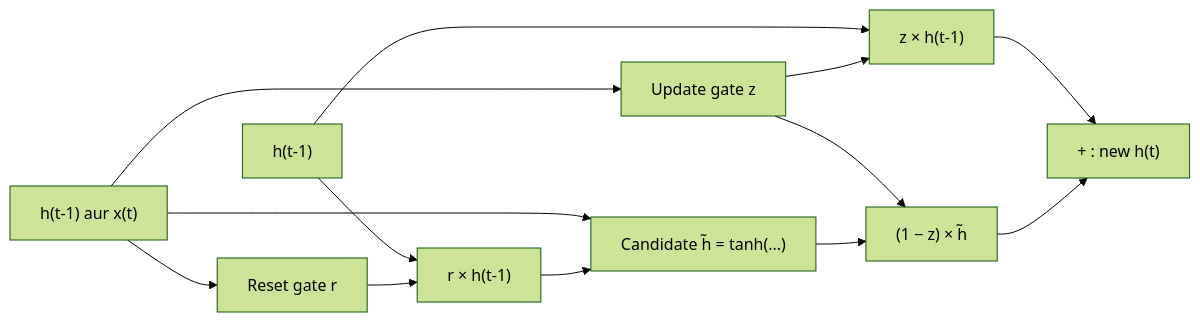
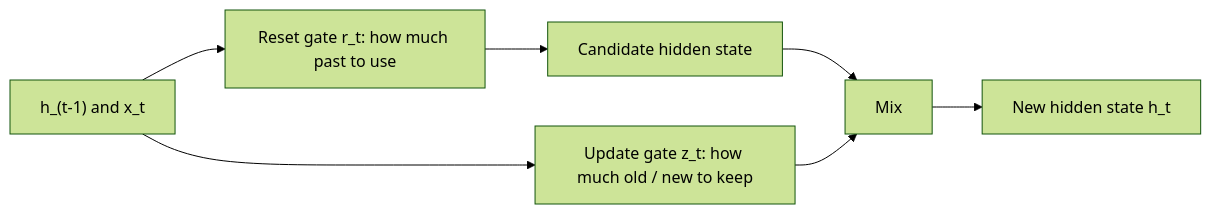
Before and after one commit to TrendySloth1001/sem-seven-notes: the diagram in content/deep-learning/pyq/2023-12/q2a.hi.mdx, drawn with Mermaid (forest theme). The commit also changed other lines of this file and 186 other files, not shown here.

````diff
--- a/content/deep-learning/pyq/2023-12/q2a.hi.mdx
+++ b/content/deep-learning/pyq/2023-12/q2a.hi.mdx
@@ -19,16 +13,10 @@
 ```mermaid
-%% caption: GRU cell. Update gate z purani state ka z hissa aur naye candidate ka 1 − z hissa mix karta hai; reset gate r control karta hai ki candidate purani state kitni dekhe.
+%% caption: GRU ka ek step. Reset gate candidate ko shape karta hai, update gate purane aur naye ko mix karta hai.
 flowchart LR
-  IN["h(t-1) aur x(t)"] --> Z["Update gate z"]
-  IN --> R["Reset gate r"]
-  IN --> C
-  H0["h(t-1)"] --> RH["r × h(t-1)"]
-  R --> RH
-  RH --> C["Candidate h̃ = tanh(...)"]
-  H0 --> K["z × h(t-1)"]
-  Z --> K
-  Z --> N["(1 − z) × h̃"]
-  C --> N
-  K --> A["+ : new h(t)"]
-  N --> A
+  A["h_(t-1) and x_t"] --> R["Reset gate r_t: how much past to use"]
+  R --> C["Candidate hidden state"]
+  A --> U["Update gate z_t: how much old / new to keep"]
+  C --> M["Mix"]
+  U --> M
+  M --> H["New hidden state h_t"]
 ```
````
